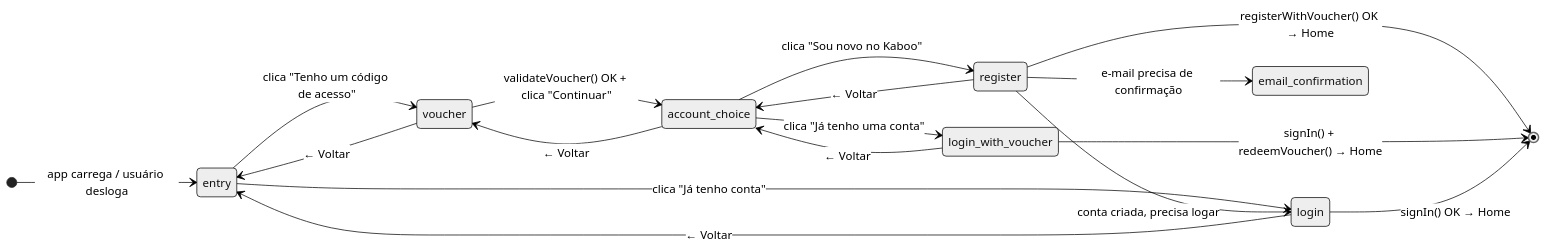
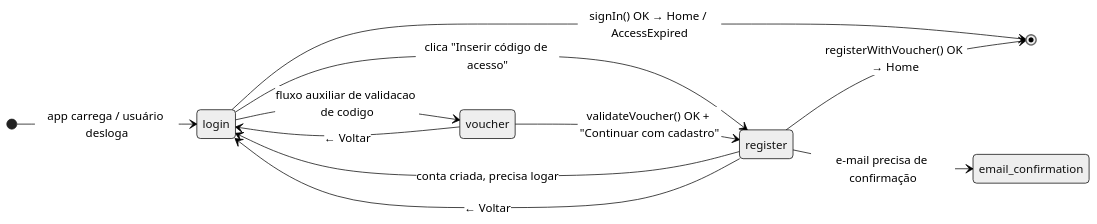
One commit to fabioaap/mundo-de-kaboo-1 changed the first of 15 diagrams in docs/JORNADAS.md. Above: the diagram before and after it, drawn with Mermaid (neutral theme). The commit also changed other lines of this file and 107 other files, not shown here.

````diff
--- a/docs/JORNADAS.md
+++ b/docs/JORNADAS.md
@@ -39,27 +63,18 @@
 ```mermaid
 stateDiagram-v2
     direction LR
 
-    [*] --> entry : app carrega / usuário desloga
+    [*] --> login : app carrega / usuário desloga
 
-    entry --> voucher : clica "Tenho um código de acesso"
-    entry --> login   : clica "Já tenho conta"
+    login --> register : clica "Inserir código de acesso"
+    login --> voucher : fluxo auxiliar de validacao de codigo
+    login --> [*] : signIn() OK → Home / AccessExpired
 
-    voucher --> account_choice : validateVoucher() OK + clica "Continuar"
-    voucher --> entry          : ← Voltar
+    voucher --> register : validateVoucher() OK + "Continuar com cadastro"
+    voucher --> login : ← Voltar
 
-    account_choice --> register          : clica "Sou novo no Kaboo"
-    account_choice --> login_with_voucher : clica "Já tenho uma conta"
-    account_choice --> voucher            : ← Voltar
-
-    register          --> [*]              : registerWithVoucher() OK → Home
+    register --> [*] : registerWithVoucher() OK → Home
     register          --> email_confirmation : e-mail precisa de confirmação
-    register          --> login            : conta criada, precisa logar
-    register          --> account_choice   : ← Voltar
-
-    login_with_voucher --> [*]             : signIn() + redeemVoucher() → Home
-    login_with_voucher --> account_choice  : ← Voltar
-
-    login --> [*] : signIn() OK → Home
-    login --> entry : ← Voltar
+    register --> login : conta criada, precisa logar
+    register --> login : ← Voltar
 ```
````
